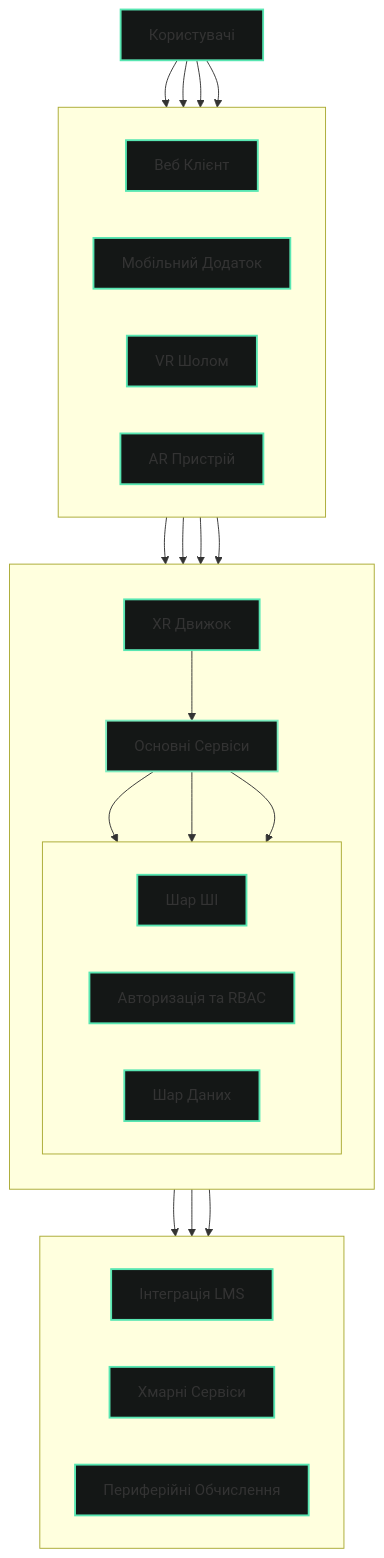
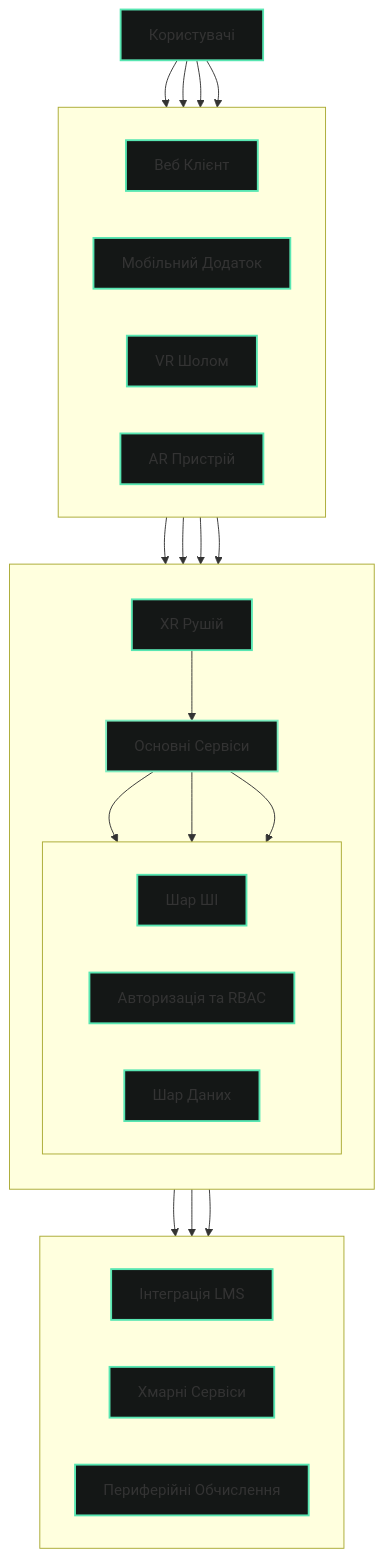
The diagram in i18n/uk/docusaurus-plugin-content-docs/current/overview.md (ivmarch/geniverse-docs), drawn with Mermaid before and after one commit. The commit also changed other lines of this file and 2 other files, not shown here.

Commit message:
Improve System Architecture diagram visual styling: rounded corners, larger text, better centering

````diff
--- a/i18n/uk/docusaurus-plugin-content-docs/current/overview.md
+++ b/i18n/uk/docusaurus-plugin-content-docs/current/overview.md
@@ -131,64 +131,64 @@
 ```mermaid
 graph TB
     User[Користувачі]
     
     subgraph UI[" "]
         direction LR
         Web[Веб Клієнт]
         Mobile[Мобільний Додаток]
         VR[VR Шолом]
         AR[AR Пристрій]
     end
     
     subgraph Platform[" "]
         direction TB
         Core[Основні Сервіси]
         
         subgraph PlatformServices[" "]
             direction LR
             AI[Шар ШІ]
             Auth[Авторизація та RBAC]
             Data[Шар Даних]
         end
         
-        XR[XR Движок]
+        XR[XR Рушій]
     end
     
     subgraph External[" "]
         direction LR
         LMS[Інтеграція LMS]
         Cloud[Хмарні Сервіси]
         Edge[Периферійні Обчислення]
     end
     
     User --> Web
     User --> Mobile
     User --> VR
     User --> AR
     
     Web --> Core
     Mobile --> Core
     VR --> XR
     AR --> XR
     
     XR --> Core
     Core --> AI
     Core --> Auth
     Core --> Data
     
     Core --> LMS
     Core --> Cloud
     Core --> Edge
     
     classDef userClass fill:#141716,stroke:#58E6B2,stroke-width:2px
     classDef uiClass fill:#141716,stroke:#58E6B2,stroke-width:2px
     classDef coreClass fill:#141716,stroke:#7CECBF,stroke-width:2px
     classDef platformClass fill:#141716,stroke:#58E6B2,stroke-width:2px
     classDef externalClass fill:#141716,stroke:#58E6B2,stroke-width:2px
     
     class User userClass
     class Web,Mobile,VR,AR uiClass
     class Core coreClass
     class AI,Auth,Data,XR platformClass
     class LMS,Cloud,Edge externalClass
 ```
````
